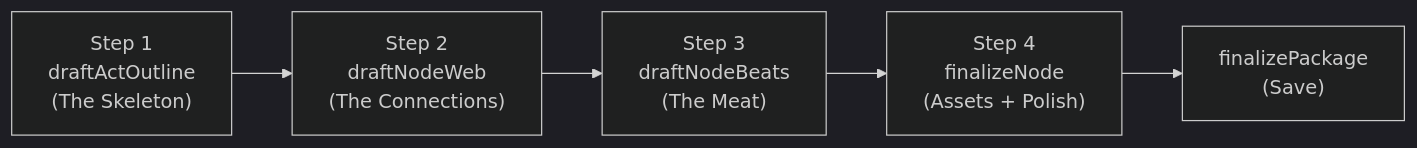
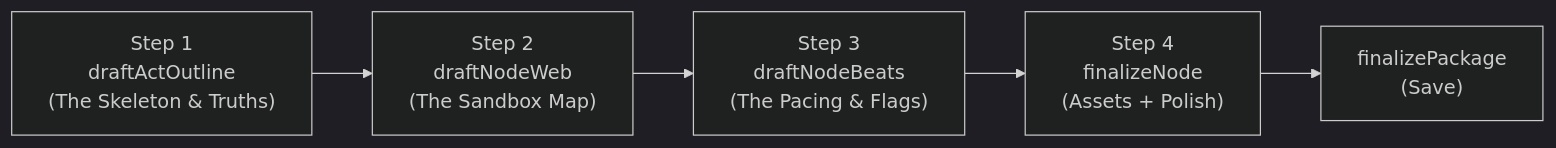
Before and after one commit to WilliamJizh/ai-dungeon-tanstack: the diagram in server/vn/agents/planning-agent.md, drawn with Mermaid (dark theme). The commit also changed other lines of this file and 26 other files, not shown here.

First line of the commit message:
feat: sandbox architecture, OpenRouter provider, semantic flags, and context sanitization

````diff
--- a/server/vn/agents/planning-agent.md
+++ b/server/vn/agents/planning-agent.md
@@ -15,7 +15,7 @@
 ```mermaid
 graph LR
-    A["Step 1<br/>draftActOutline<br/>(The Skeleton)"] --> B["Step 2<br/>draftNodeWeb<br/>(The Connections)"]
-    B --> C["Step 3<br/>draftNodeBeats<br/>(The Meat)"]
+    A["Step 1<br/>draftActOutline<br/>(The Skeleton & Truths)"] --> B["Step 2<br/>draftNodeWeb<br/>(The Sandbox Map)"]
+    B --> C["Step 3<br/>draftNodeBeats<br/>(The Pacing & Flags)"]
     C --> D["Step 4<br/>finalizeNode<br/>(Assets + Polish)"]
     D --> E["finalizePackage<br/>(Save)"]
 ```
````
